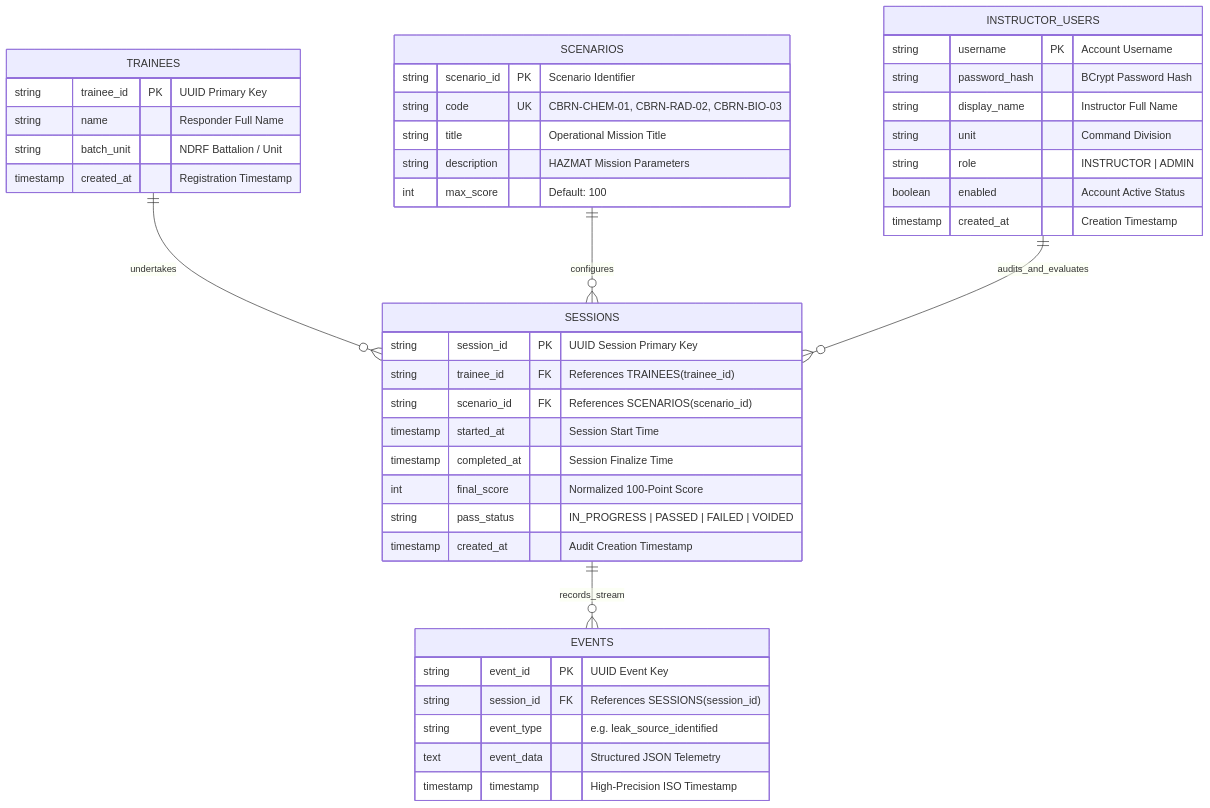
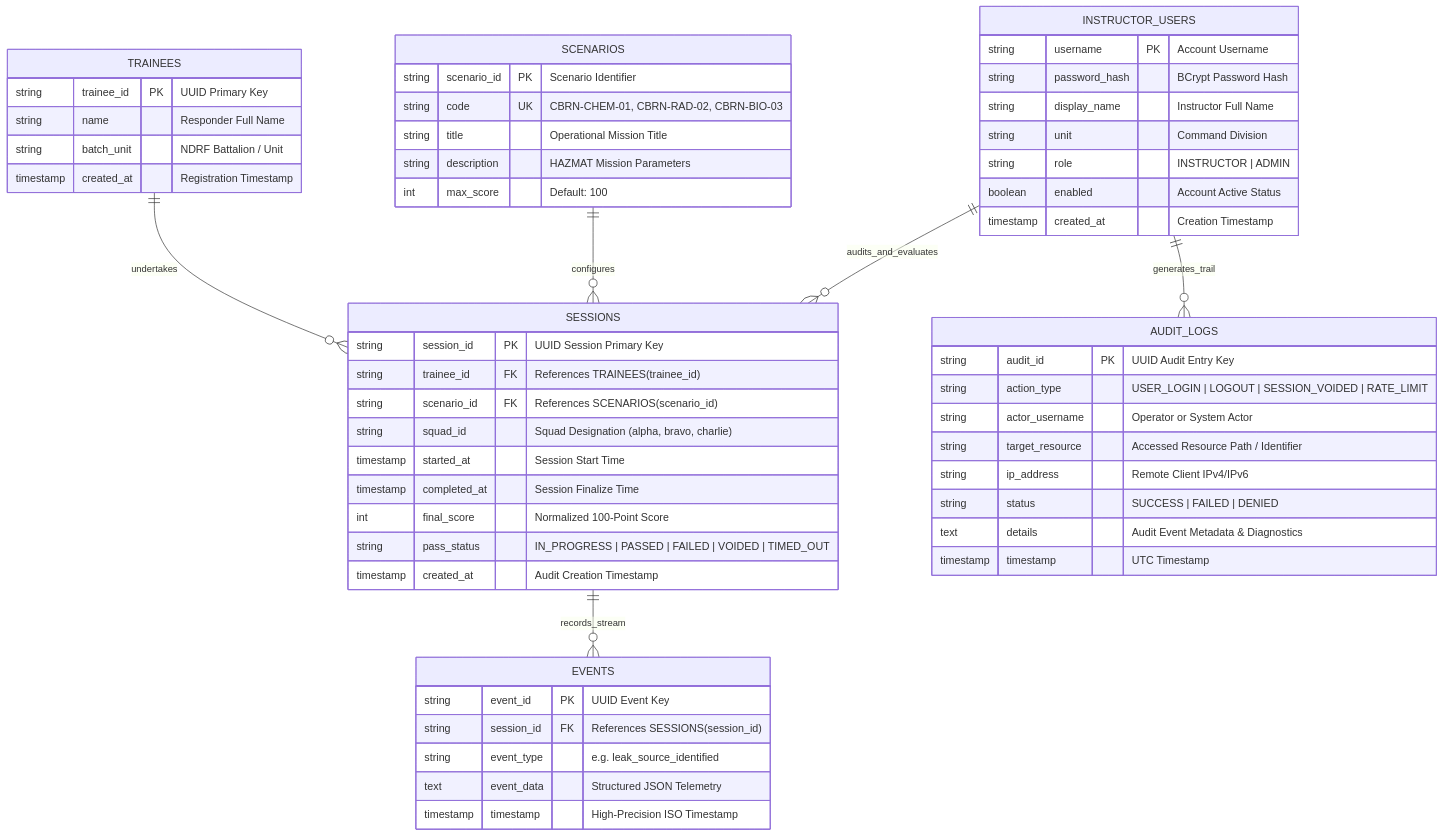
Before and after one commit to Lohith-RC/CBRN-X: the sixth of 7 diagrams in README.md, drawn with Mermaid. The commit also changed other lines of this file, not shown here.

Commit message:
docs: update README with Flyway migrations, audit logging, squad analytics, paged telemetry, and test suites

````diff
--- a/README.md
+++ b/README.md
@@ -403,51 +403,64 @@
 ```mermaid
 erDiagram
     TRAINEES ||--o{ SESSIONS : "undertakes"
     SCENARIOS ||--o{ SESSIONS : "configures"
     SESSIONS ||--o{ EVENTS : "records_stream"
     INSTRUCTOR_USERS ||--o{ SESSIONS : "audits_and_evaluates"
+    INSTRUCTOR_USERS ||--o{ AUDIT_LOGS : "generates_trail"
 
     TRAINEES {
         string trainee_id PK "UUID Primary Key"
         string name "Responder Full Name"
         string batch_unit "NDRF Battalion / Unit"
         timestamp created_at "Registration Timestamp"
     }
 
     SCENARIOS {
         string scenario_id PK "Scenario Identifier"
         string code UK "CBRN-CHEM-01, CBRN-RAD-02, CBRN-BIO-03"
         string title "Operational Mission Title"
         string description "HAZMAT Mission Parameters"
         int max_score "Default: 100"
     }
 
     SESSIONS {
         string session_id PK "UUID Session Primary Key"
         string trainee_id FK "References TRAINEES(trainee_id)"
         string scenario_id FK "References SCENARIOS(scenario_id)"
+        string squad_id "Squad Designation (alpha, bravo, charlie)"
         timestamp started_at "Session Start Time"
         timestamp completed_at "Session Finalize Time"
         int final_score "Normalized 100-Point Score"
-        string pass_status "IN_PROGRESS | PASSED | FAILED | VOIDED"
+        string pass_status "IN_PROGRESS | PASSED | FAILED | VOIDED | TIMED_OUT"
         timestamp created_at "Audit Creation Timestamp"
     }
 
     EVENTS {
         string event_id PK "UUID Event Key"
         string session_id FK "References SESSIONS(session_id)"
         string event_type "e.g. leak_source_identified"
         text event_data "Structured JSON Telemetry"
         timestamp timestamp "High-Precision ISO Timestamp"
     }
 
     INSTRUCTOR_USERS {
         string username PK "Account Username"
         string password_hash "BCrypt Password Hash"
         string display_name "Instructor Full Name"
         string unit "Command Division"
         string role "INSTRUCTOR | ADMIN"
         boolean enabled "Account Active Status"
         timestamp created_at "Creation Timestamp"
     }
+
+    AUDIT_LOGS {
+        string audit_id PK "UUID Audit Entry Key"
+        string action_type "USER_LOGIN | LOGOUT | SESSION_VOIDED | RATE_LIMIT"
+        string actor_username "Operator or System Actor"
+        string target_resource "Accessed Resource Path / Identifier"
+        string ip_address "Remote Client IPv4/IPv6"
+        string status "SUCCESS | FAILED | DENIED"
+        text details "Audit Event Metadata & Diagnostics"
+        timestamp timestamp "UTC Timestamp"
+    }
 ```
````
